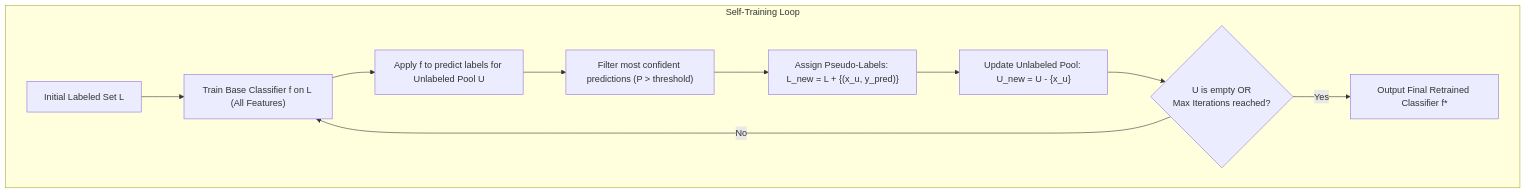
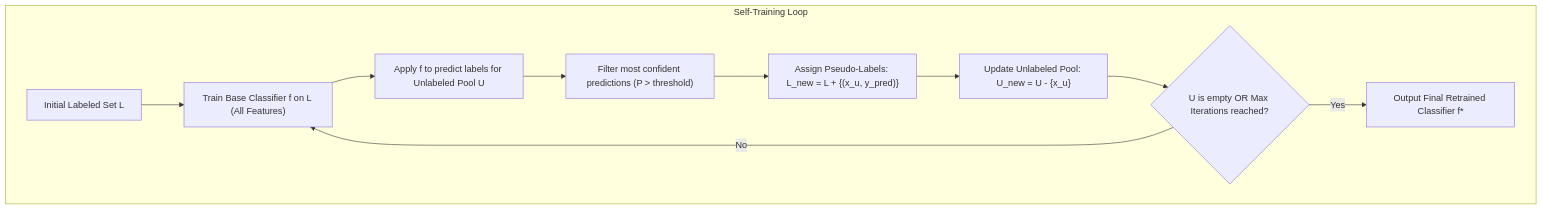
The fourth of 14 diagrams in notes/machine_learning/ssl_rl_and_intro_to_deep_learning.md (DeepLumiere/DeepSkills), drawn with Mermaid before and after one commit. The commit also changed other lines of this file and 56 other files, not shown here.

````diff
--- a/notes/machine_learning/ssl_rl_and_intro_to_deep_learning.md
+++ b/notes/machine_learning/ssl_rl_and_intro_to_deep_learning.md
@@ -308,13 +308,13 @@
 ```mermaid
 graph TD
-    subgraph Self-Training Loop
+    subgraph SelfTraining_Loop ["Self-Training Loop"]
         L0["Initial Labeled Set L"] --> Train["Train Base Classifier f on L (All Features)"]
         Train --> Pred["Apply f to predict labels for Unlabeled Pool U"]
         Pred --> Conf["Filter most confident predictions (P > threshold)"]
         Conf --> Pseudo["Assign Pseudo-Labels: L_new = L + {(x_u, y_pred)}"]
         Pseudo --> UpdateU["Update Unlabeled Pool: U_new = U - {x_u}"]
-        UpdateU --> StopCheck{"U is empty OR<br/>Max Iterations reached?"}
+        UpdateU --> StopCheck{"U is empty OR Max Iterations reached?"}
         StopCheck -- No --> Train
         StopCheck -- Yes --> Final["Output Final Retrained Classifier f*"]
     end
 ```
````
